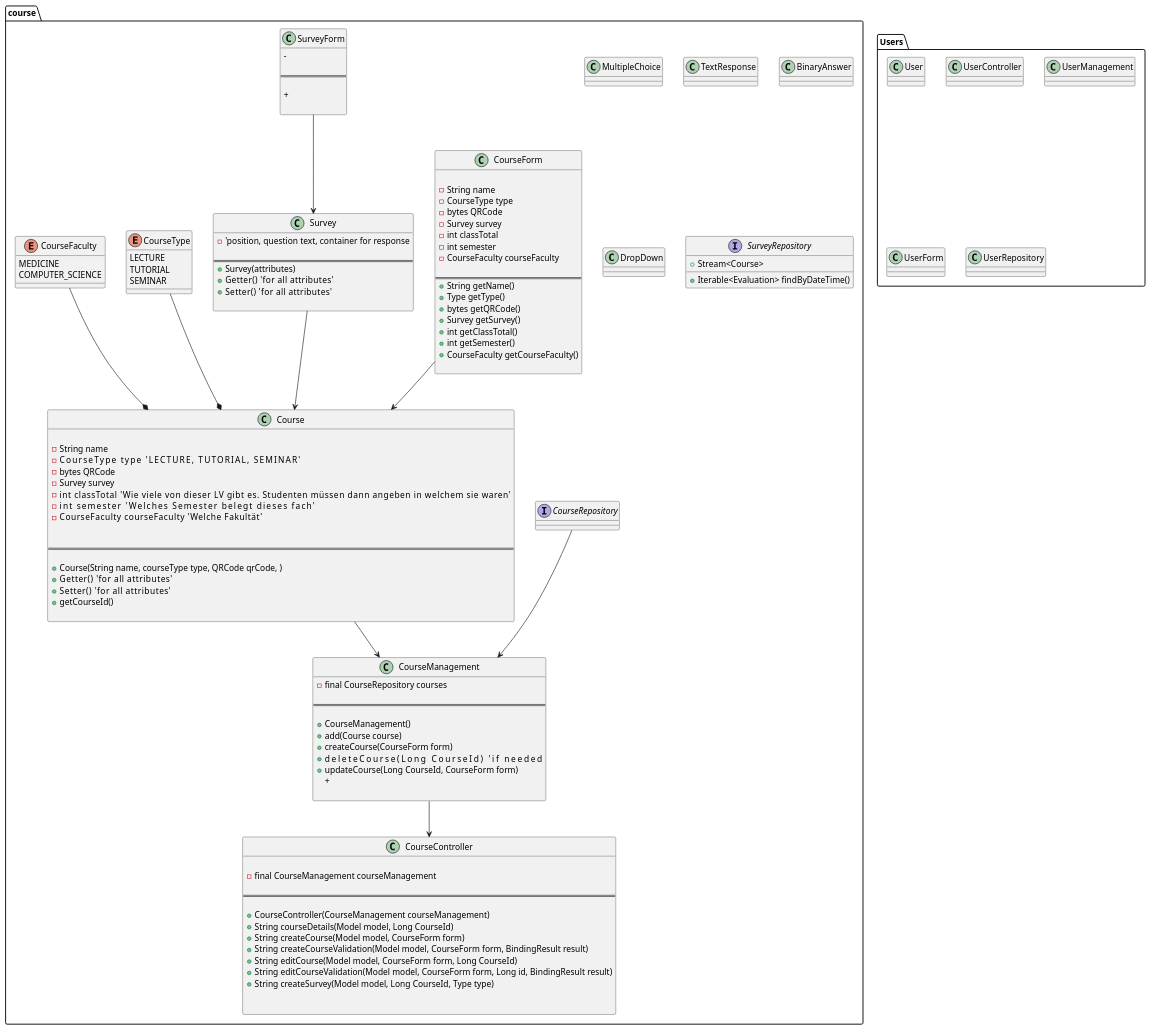
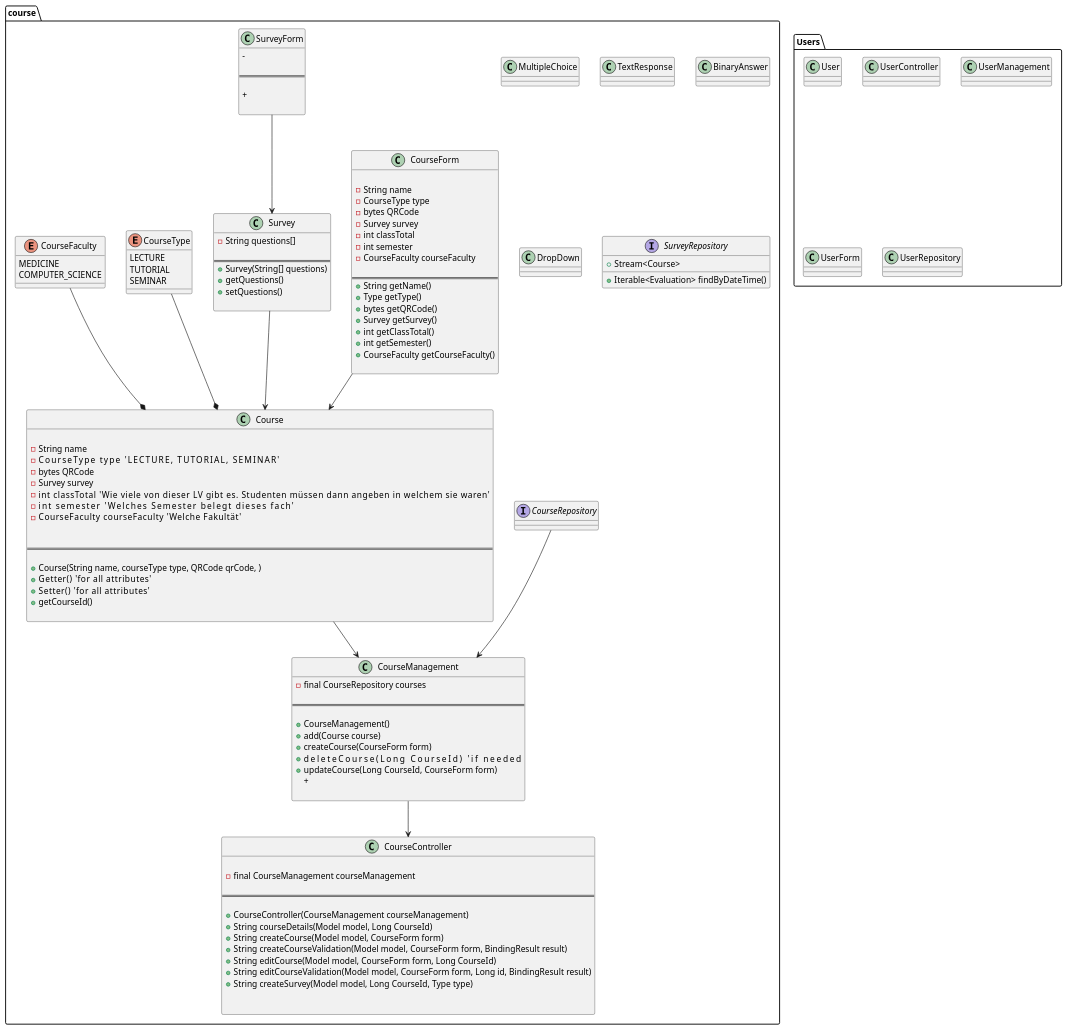
One commit to Elocien/QOVA changed the diagram in src/main/documentation/diagrams/src/architecture_overview.wsd. Above: the diagram before and after it, drawn with PlantUML. The commit also changed 9 other files, not shown here.

Commit message:
Finished Implementation of the required containers for surveys and all response types

```diff
--- a/src/main/documentation/diagrams/src/architecture_overview.wsd
+++ b/src/main/documentation/diagrams/src/architecture_overview.wsd
@@ -120,12 +120,12 @@
 
 
     class Survey {
-        -     'position, question text, container for response
+        - String questions[]
 
 ==
-        + Survey(attributes)
-        + Getter()     'for all attributes'
-        + Setter()     'for all attributes'
+        + Survey(String[] questions)
+        + getQuestions()
+        + setQuestions()
 
     }
 
```
